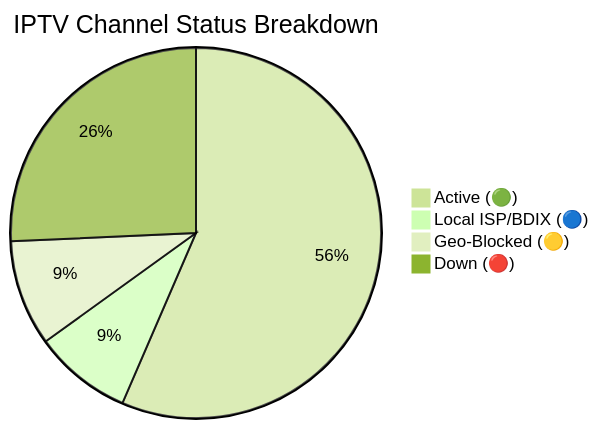
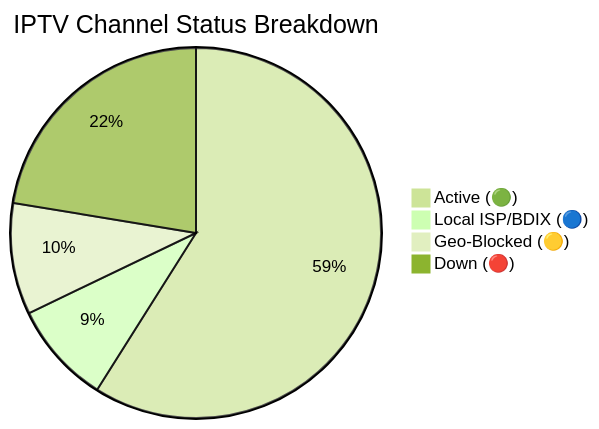
One commit to Zaman-Topu/Ip-tv-Collection changed the diagram in README.md. Above: the diagram before and after it, drawn with Mermaid (forest theme). The commit also changed other lines of this file and 6 other files, not shown here.

````diff
--- a/README.md
+++ b/README.md
@@ -149,7 +149,7 @@
 ```mermaid
 pie title IPTV Channel Status Breakdown
-    "Active (🟢)" : 10428
-    "Local ISP/BDIX (🔵)" : 1580
-    "Geo-Blocked (🟡)" : 1704
-    "Down (🔴)" : 4746
+    "Active (🟢)" : 10513
+    "Local ISP/BDIX (🔵)" : 1591
+    "Geo-Blocked (🟡)" : 1733
+    "Down (🔴)" : 3995
 ```
````
